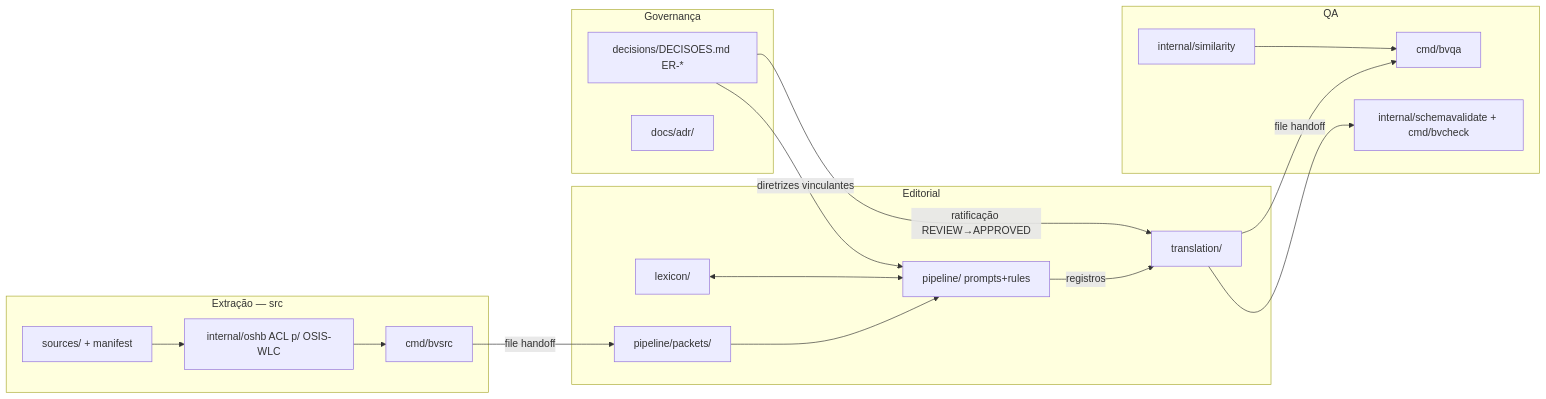
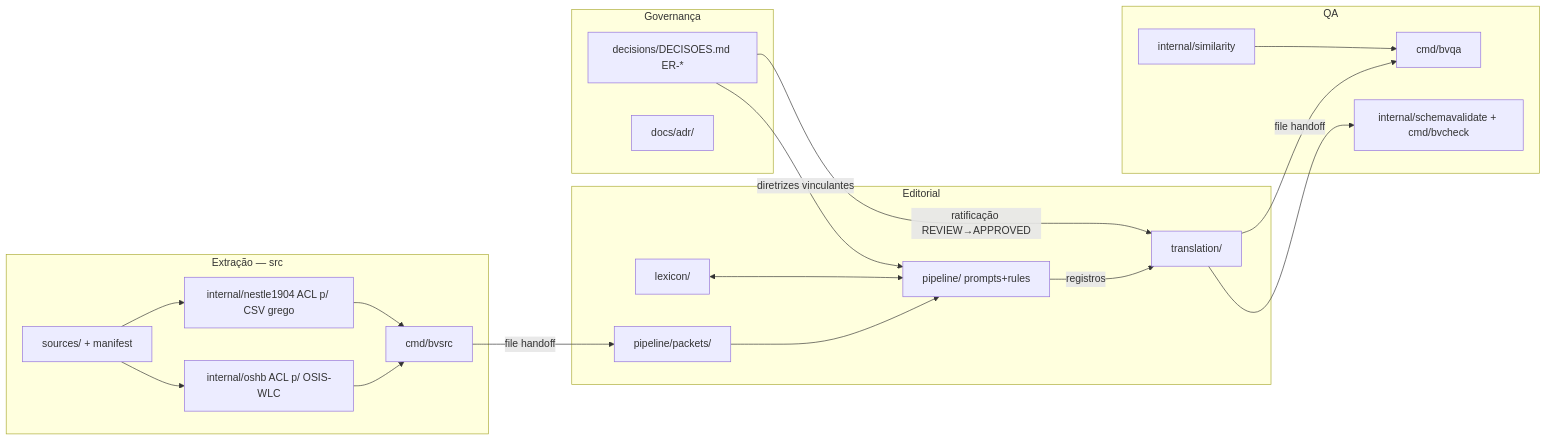
One commit to osvaldoandrade/bereia-bible changed the diagram in docs/architecture/context-map.md. Above: the diagram before and after it, drawn with Mermaid. The commit also changed other lines of this file and 556 other files, not shown here.

````diff
--- a/docs/architecture/context-map.md
+++ b/docs/architecture/context-map.md
@@ -5,31 +5,33 @@
 ```mermaid
 flowchart LR
     subgraph EXT[Extração — src]
       SRC[sources/ + manifest]
       OSHB[internal/oshb ACL p/ OSIS-WLC]
+      N1904[internal/nestle1904 ACL p/ CSV grego]
       BVSRC[cmd/bvsrc]
     end
     subgraph EDI[Editorial]
       PKT[pipeline/packets/]
       PIPE[pipeline/ prompts+rules]
       LEX[lexicon/]
       TR[translation/]
     end
     subgraph GOV[Governança]
       ER[decisions/DECISOES.md ER-*]
       ADR[docs/adr/]
     end
     subgraph QA[QA]
       SIM[internal/similarity]
       BVQA[cmd/bvqa]
       CHK[internal/schemavalidate + cmd/bvcheck]
     end
     SRC --> OSHB --> BVSRC -->|file handoff| PKT
+    SRC --> N1904 --> BVSRC
     PKT --> PIPE -->|registros| TR
     LEX <--> PIPE
     ER -->|diretrizes vinculantes| PIPE
     TR -->|file handoff| BVQA
     SIM --> BVQA
     TR --> CHK
     ER -->|ratificação REVIEW→APPROVED| TR
 ```
````
